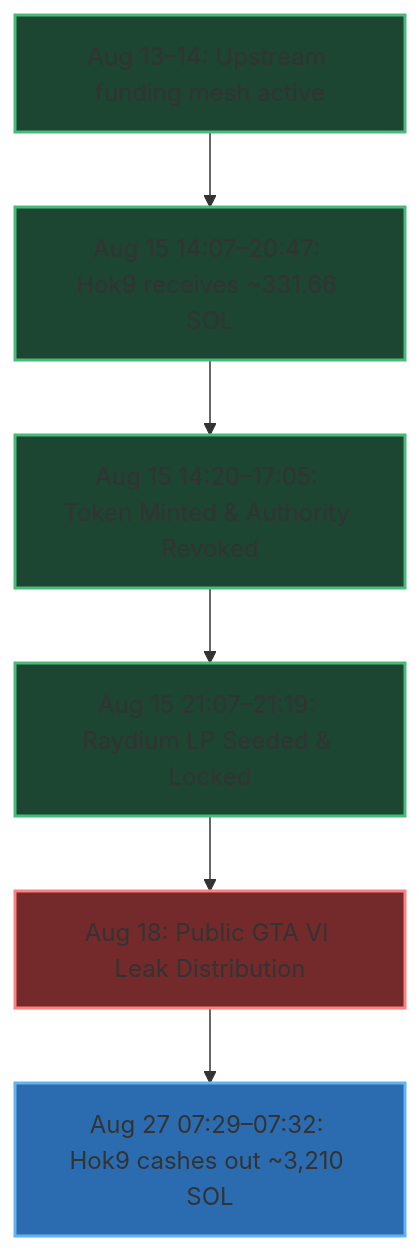
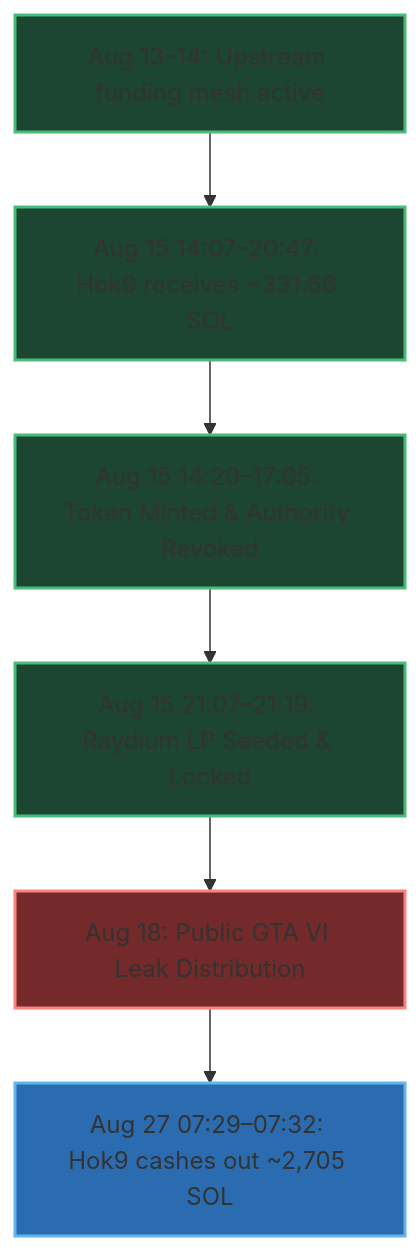
The second of 3 diagrams in CYBERLEEK_ONCHAIN_ANALYSIS_REPORT.md (xorextrace/cyberleek-onchain), drawn with Mermaid before and after one commit. The commit also changed other lines of this file, not shown here.

First line of the commit message:
Fix cash-out total and update analysis details

````diff
--- a/CYBERLEEK_ONCHAIN_ANALYSIS_REPORT.md
+++ b/CYBERLEEK_ONCHAIN_ANALYSIS_REPORT.md
@@ -531,13 +537,13 @@
 ```mermaid
 graph TD
     classDef Pre fill:#1c4532,stroke:#48bb78,stroke-width:2px;
     classDef Leak fill:#742a2a,stroke:#fc8181,stroke-width:2px;
     classDef Out fill:#2b6cb0,stroke:#63b3ed,stroke-width:2px;
 
     T1[Aug 13–14: Upstream funding mesh active]:::Pre --> T2
     T2[Aug 15 14:07–20:47: Hok9 receives ~331.66 SOL]:::Pre --> T3
     T3[Aug 15 14:20–17:05: Token Minted & Authority Revoked]:::Pre --> T4
     T4[Aug 15 21:07–21:19: Raydium LP Seeded & Locked]:::Pre --> T5
     T5[Aug 18: Public GTA VI Leak Distribution]:::Leak --> T6
-    T6[Aug 27 07:29–07:32: Hok9 cashes out ~3,210 SOL]:::Out
+    T6[Aug 27 07:29–07:32: Hok9 cashes out ~2,705 SOL]:::Out
 ```
````
